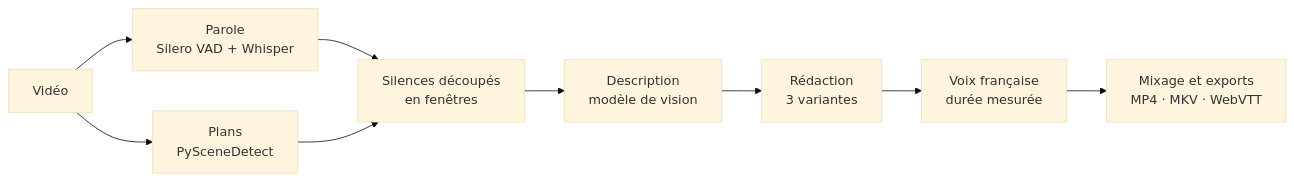
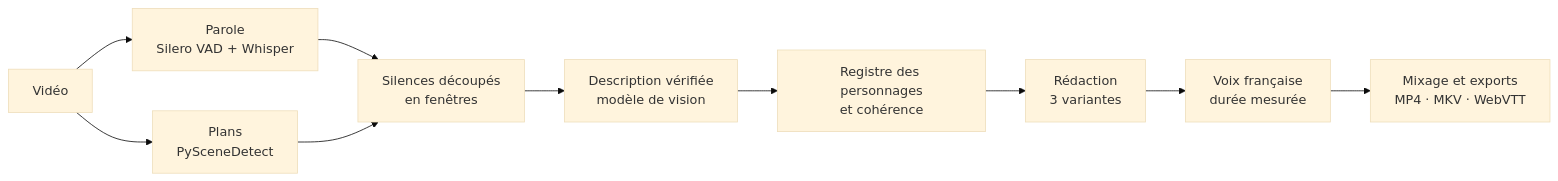
One commit to swinn37/AudesIA changed the diagram in README.md. Above: the diagram before and after it, drawn with Mermaid (base theme). The commit also changed other lines of this file and 2 other files, not shown here.

First line of the commit message:
Ajoute un registre des personnages et une passe de cohérence

````diff
--- a/README.md
+++ b/README.md
@@ -28,11 +29,12 @@
 ```mermaid
 flowchart LR
   A[Vidéo] --> B[Parole<br/>Silero VAD + Whisper]
   A --> C[Plans<br/>PySceneDetect]
   B --> D[Silences découpés<br/>en fenêtres]
   C --> D
-  D --> E[Description<br/>modèle de vision]
-  E --> F[Rédaction<br/>3 variantes]
+  D --> E[Description vérifiée<br/>modèle de vision]
+  E --> R[Registre des personnages<br/>et cohérence]
+  R --> F[Rédaction<br/>3 variantes]
   F --> G[Voix française<br/>durée mesurée]
   G --> H[Mixage et exports<br/>MP4 · MKV · WebVTT]
 ```
````
